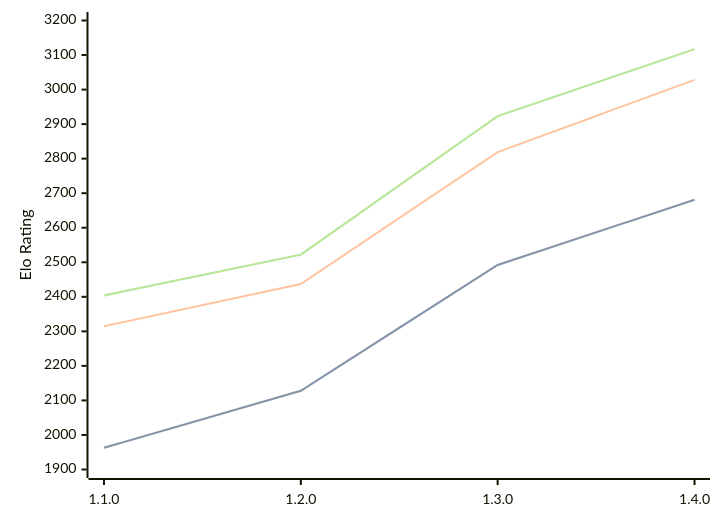
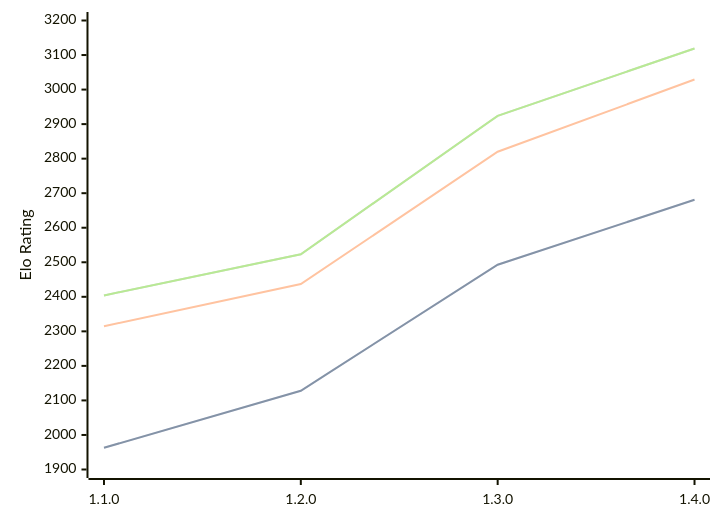
Before and after one commit to computer-chess-index/cci: the diagram in engines/Gyatso.md, drawn with Mermaid. The commit also changed other lines of this file, not shown here.

Commit message:
Update CCI Ratings (ELO VLTC) - 2026-09-14

````diff
--- a/engines/Gyatso.md
+++ b/engines/Gyatso.md
@@ -36,11 +36,11 @@
 ```mermaid
 %%{init: {"theme":"base","themeVariables":{"seriesColors:['#a3a3a3','#222221','#faa371']}}}%%
 xychart-beta
   x-axis ["1.1.0", "1.2.0", "1.3.0", "1.4.0"]
   y-axis "Elo Rating" 1900 --> 3200
-  line "" [1963, 2128, 2492, 2681]
-  line "STC (8.0+0.08s)" [1963, 2128, 2492, 2681]
-  line "LTC (60.0+0.60s)" [2315, 2437, 2819, 3028]
-  line "" [2404, 2522, 2923, 3117]
-  line "VLTC (2m24s+1.12s)" [2404, 2522, 2923, 3117]
+  line "" [1963, 2128, 2493, 2681]
+  line "STC (8.0+0.08s)" [1963, 2128, 2493, 2681]
+  line "LTC (60.0+0.60s)" [2315, 2437, 2820, 3029]
+  line "" [2404, 2523, 2924, 3119]
+  line "VLTC (2m24s+1.12s)" [2404, 2523, 2924, 3119]
 ```
````
